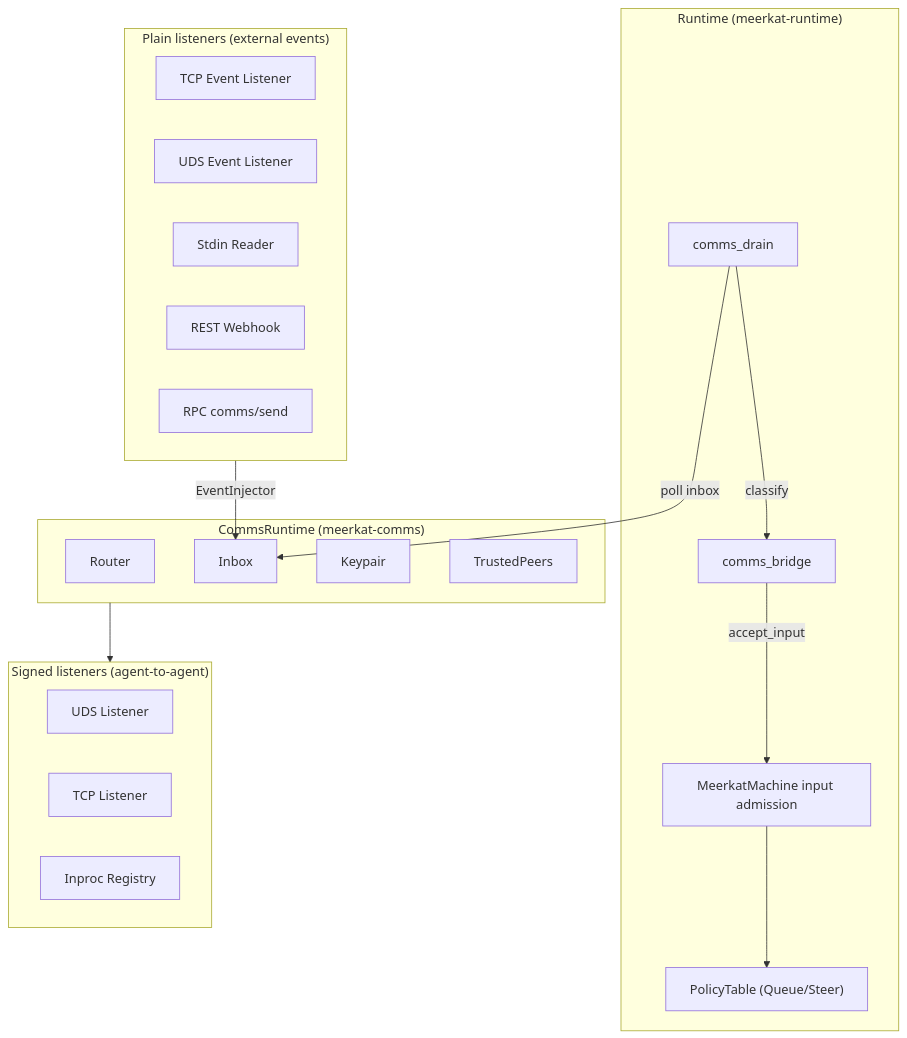
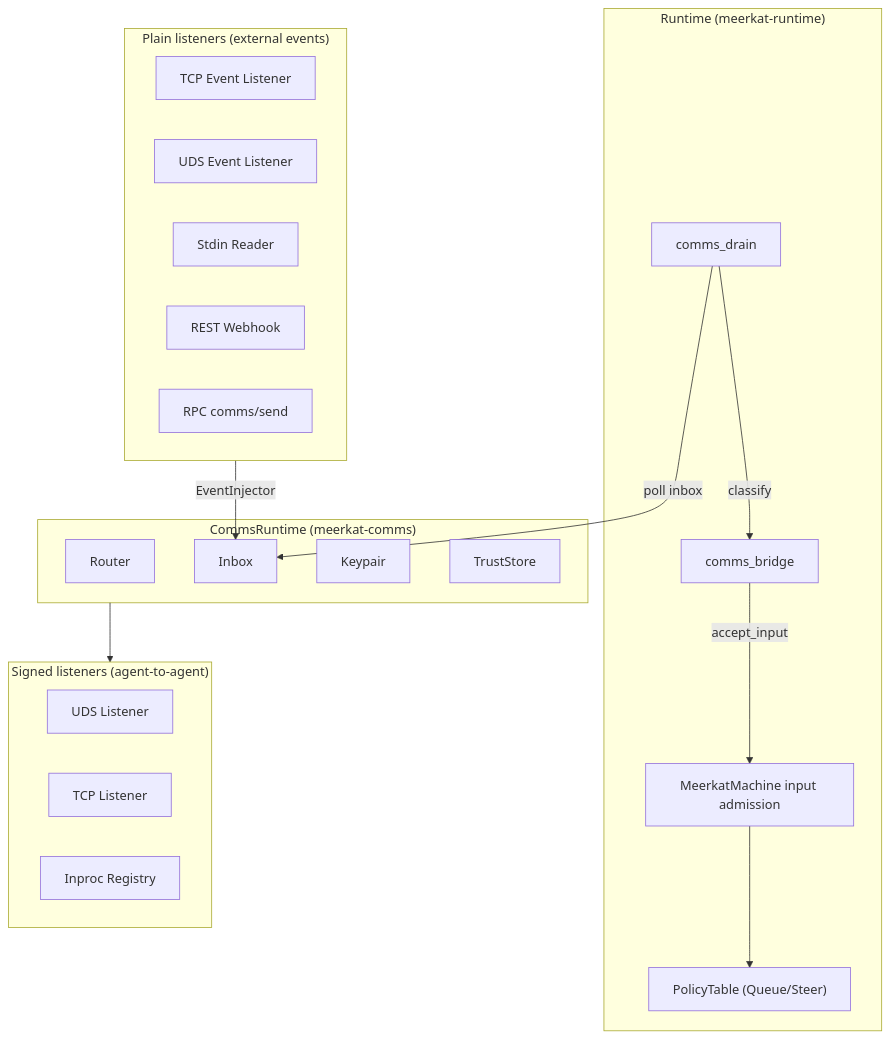
One commit to lukacf/meerkat changed the diagram in docs/guides/comms.mdx. Above: the diagram before and after it, drawn with Mermaid. The commit also changed other lines of this file and 85 other files, not shown here.

````diff
--- a/docs/guides/comms.mdx
+++ b/docs/guides/comms.mdx
@@ -41,38 +41,38 @@
 ```mermaid
 graph TD
     subgraph rt["Runtime (meerkat-runtime)"]
         DRAIN["comms_drain"]
         BRIDGE["comms_bridge"]
         INGRESS["MeerkatMachine input admission"]
         POLICY["PolicyTable (Queue/Steer)"]
     end
 
     subgraph comms["CommsRuntime (meerkat-comms)"]
         ROUTER["Router"]
         INBOX["Inbox"]
         KP["Keypair"]
-        TP["TrustedPeers"]
+        TP["TrustStore"]
     end
 
     DRAIN -->|"poll inbox"| INBOX
     DRAIN -->|"classify"| BRIDGE
     BRIDGE -->|"accept_input"| INGRESS
     INGRESS --> POLICY
 
     subgraph signed["Signed listeners (agent-to-agent)"]
         UDS["UDS Listener"]
         TCP["TCP Listener"]
         INPROC["Inproc Registry"]
     end
 
     subgraph plain["Plain listeners (external events)"]
         PTCP["TCP Event Listener"]
         PUDS["UDS Event Listener"]
         STDIN["Stdin Reader"]
         WEBHOOK["REST Webhook"]
         RPC_EVT["RPC comms/send"]
     end
 
     comms --> signed
     plain -->|"EventInjector"| INBOX
 ```
````
